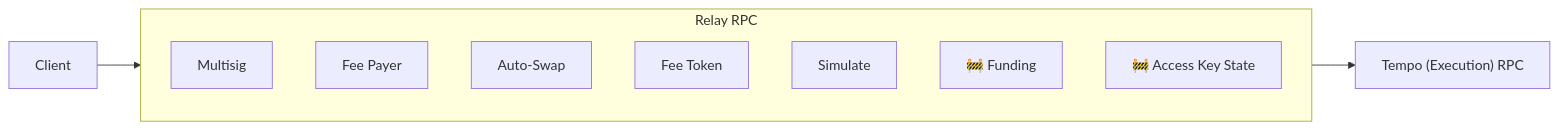
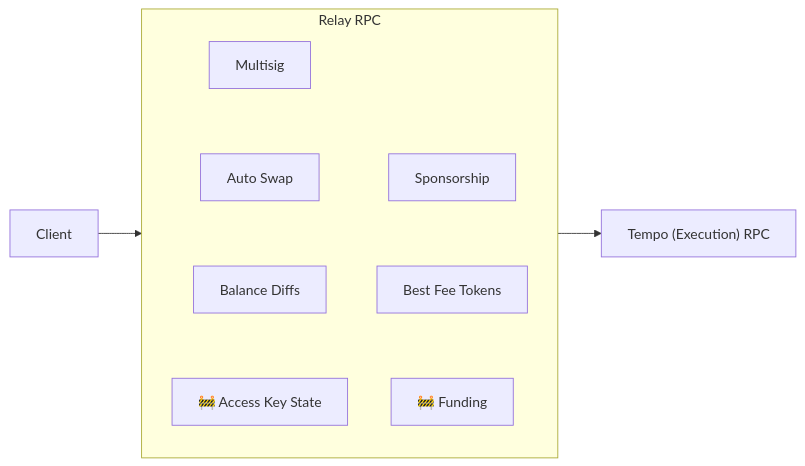
Before and after one commit to wevm/viem: the diagram in site/pages/tempo/relay/index.mdx, drawn with Mermaid. The commit also changed other lines of this file and 12 other files, not shown here.

````diff
--- a/site/pages/tempo/relay/index.mdx
+++ b/site/pages/tempo/relay/index.mdx
@@ -15,15 +15,17 @@
 ```mermaid
 flowchart LR
   client[Client] --> relay
   subgraph relay[Relay RPC]
     direction TB
     multisig[Multisig]
-    feePayer[Fee Payer]
-    autoSwap[Auto-Swap]
-    feeToken[Fee Token]
-    simulate[Simulate]
+    feePayer[Sponsorship]
+    autoSwap[Auto Swap]
+    feeToken[Best Fee Tokens]
+    simulate[Balance Diffs]
     funding["🚧 Funding"]
     accessKeyState["🚧 Access Key State"]
+    multisig ~~~ autoSwap ~~~ simulate ~~~ accessKeyState
+    feePayer ~~~ feeToken ~~~ funding
   end
   relay --> rpc["Tempo (Execution) RPC"]
 ```
````
